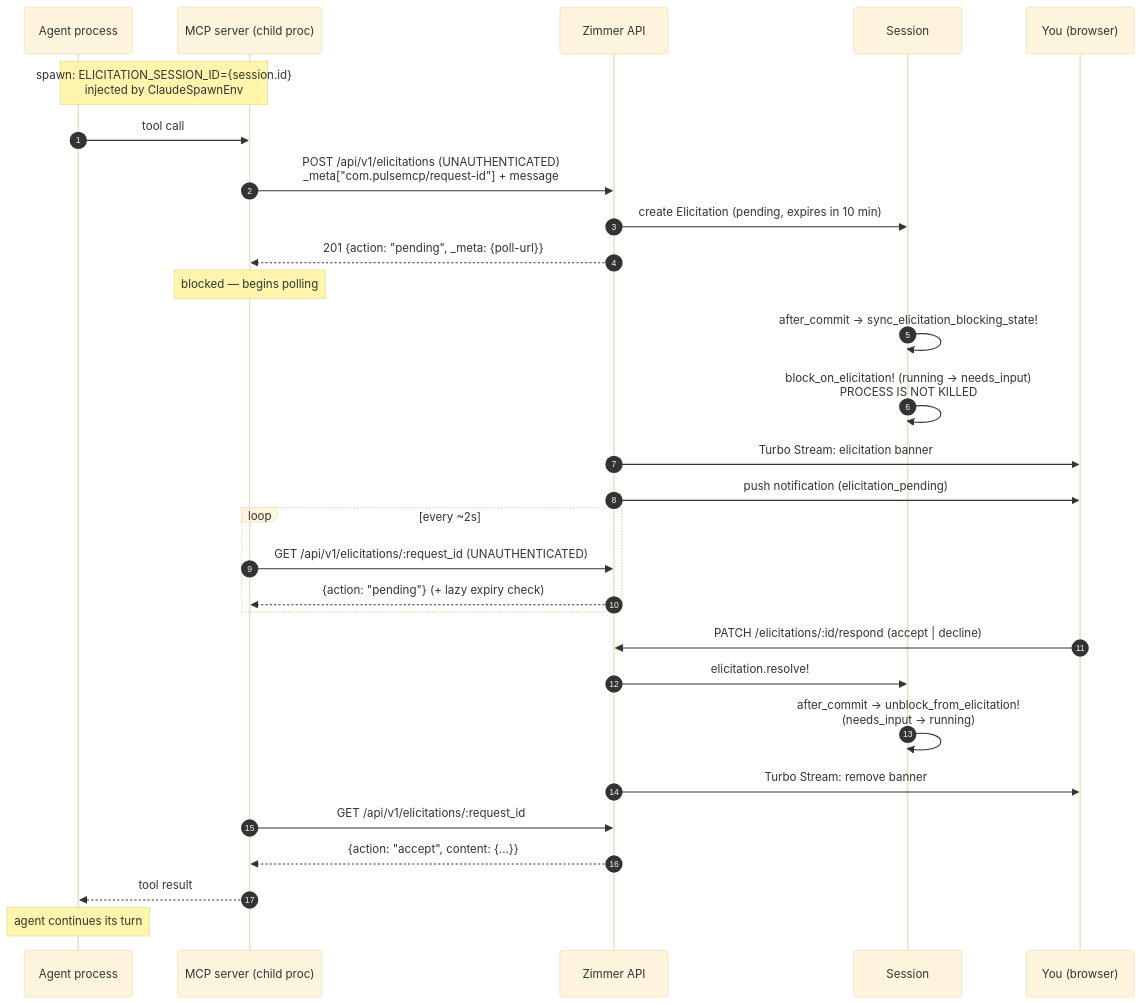
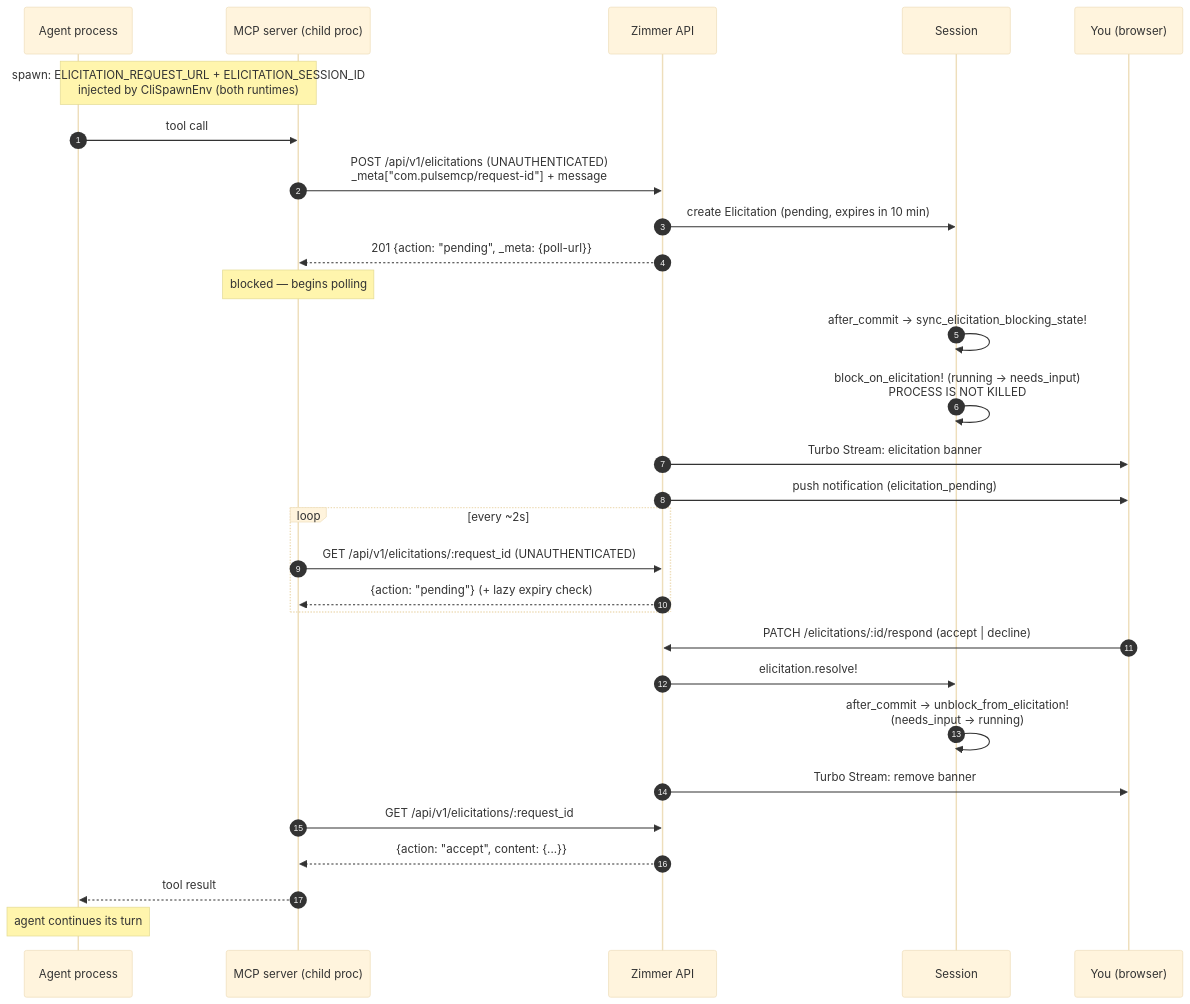
One commit to tadasant/zimmer changed the diagram in docs/src/content/docs/sessions/elicitation.md. Above: the diagram before and after it, drawn with Mermaid (base theme). The commit also changed other lines of this file and 37 other files, not shown here.

````diff
--- a/docs/src/content/docs/sessions/elicitation.md
+++ b/docs/src/content/docs/sessions/elicitation.md
@@ -18,34 +18,34 @@
 ```mermaid
 sequenceDiagram
     autonumber
     participant P as Agent process
     participant M as MCP server (child proc)
     participant Z as Zimmer API
     participant S as Session
     participant U as You (browser)
 
-    Note over P,M: spawn: ELICITATION_SESSION_ID={session.id}<br/>injected by ClaudeSpawnEnv
+    Note over P,M: spawn: ELICITATION_REQUEST_URL + ELICITATION_SESSION_ID<br/>injected by CliSpawnEnv (both runtimes)
     P->>M: tool call
     M->>Z: POST /api/v1/elicitations (UNAUTHENTICATED)<br/>_meta["com.pulsemcp/request-id"] + message
     Z->>S: create Elicitation (pending, expires in 10 min)
     Z-->>M: 201 {action: "pending", _meta: {poll-url}}
     Note over M: blocked — begins polling
     S->>S: after_commit → sync_elicitation_blocking_state!
     S->>S: block_on_elicitation! (running → needs_input)<br/>PROCESS IS NOT KILLED
     Z->>U: Turbo Stream: elicitation banner
     Z->>U: push notification (elicitation_pending)
 
     loop every ~2s
         M->>Z: GET /api/v1/elicitations/:request_id (UNAUTHENTICATED)
         Z-->>M: {action: "pending"} (+ lazy expiry check)
     end
 
     U->>Z: PATCH /elicitations/:id/respond (accept | decline)
     Z->>S: elicitation.resolve!
     S->>S: after_commit → unblock_from_elicitation!<br/>(needs_input → running)
     Z->>U: Turbo Stream: remove banner
     M->>Z: GET /api/v1/elicitations/:request_id
     Z-->>M: {action: "accept", content: {...}}
     M-->>P: tool result
     Note over P: agent continues its turn
 ```
````
